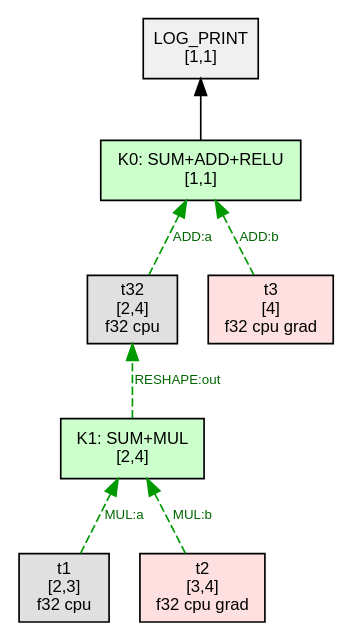
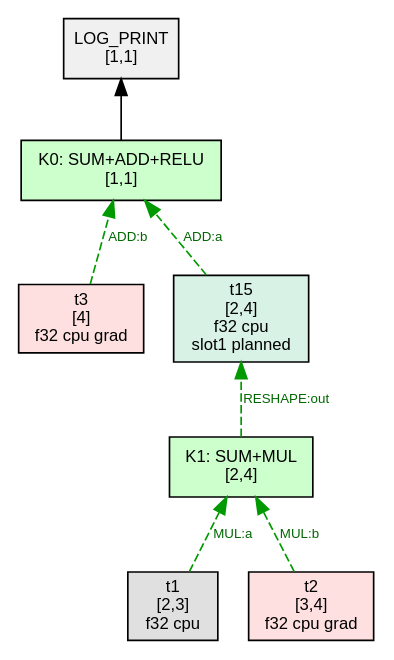
One commit to sw1sh/TinyHVM changed the diagram in phase2_graphs/tiny_linear_bias/thvm_2_post_sched.dot. Above: the diagram before and after it, drawn with Graphviz. The commit also changed 993 other files, not shown here.

First line of the commit message:
test: refresh canonical phase graph archives

```diff
--- a/phase2_graphs/tiny_linear_bias/thvm_2_post_sched.dot
+++ b/phase2_graphs/tiny_linear_bias/thvm_2_post_sched.dot
@@ -1,19 +1,19 @@
 digraph G {
   rankdir=BT;
   node [fontname="Helvetica", fontsize=10, style=filled, shape=box, margin="0.1,0.05"];
   edge [fontsize=8, fontname="Helvetica"];
 
-  n624 [label="K0: SUM+ADD+RELU\n[1,1]", shape=box, fillcolor="#ccffcc"];
+  n68 [label="K1: SUM+MUL\n[2,4]", shape=box, fillcolor="#ccffcc"];
+  n66 [label="K0: SUM+ADD+RELU\n[1,1]", shape=box, fillcolor="#ccffcc"];
   n51 [label="LOG_PRINT\n[1,1]", shape=box, fillcolor="#f0f0f0"];
-  n624 -> n51 [label=""];
-  n626 [label="K1: SUM+MUL\n[2,4]", shape=box, fillcolor="#ccffcc"];
-  t32 [label="t32\n[2,4]\nf32 cpu",shape=box,fillcolor="#e0e0e0"];
-  t32 -> n624 [style=dashed,color="#009900",fontcolor="#006600",label="ADD:a"];
+  n66 -> n51 [label=""];
+  t15 [label="t15\n[2,4]\nf32 cpu\nslot1 planned",shape=box,fillcolor="#d9f2e6"];
+  n68 -> t15 [style=dashed,color="#009900",fontcolor="#006600",label="RESHAPE:out"];
+  t1 [label="t1\n[2,3]\nf32 cpu",shape=box,fillcolor="#e0e0e0"];
+  t1 -> n68 [style=dashed,color="#009900",fontcolor="#006600",label="MUL:a"];
+  t2 [label="t2\n[3,4]\nf32 cpu grad",shape=box,fillcolor="#ffe0e0"];
+  t2 -> n68 [style=dashed,color="#009900",fontcolor="#006600",label="MUL:b"];
+  t15 -> n66 [style=dashed,color="#009900",fontcolor="#006600",label="ADD:a"];
   t3 [label="t3\n[4]\nf32 cpu grad",shape=box,fillcolor="#ffe0e0"];
-  t3 -> n624 [style=dashed,color="#009900",fontcolor="#006600",label="ADD:b"];
-  n626 -> t32 [style=dashed,color="#009900",fontcolor="#006600",label="RESHAPE:out"];
-  t1 [label="t1\n[2,3]\nf32 cpu",shape=box,fillcolor="#e0e0e0"];
-  t1 -> n626 [style=dashed,color="#009900",fontcolor="#006600",label="MUL:a"];
-  t2 [label="t2\n[3,4]\nf32 cpu grad",shape=box,fillcolor="#ffe0e0"];
-  t2 -> n626 [style=dashed,color="#009900",fontcolor="#006600",label="MUL:b"];
+  t3 -> n66 [style=dashed,color="#009900",fontcolor="#006600",label="ADD:b"];
 }
```
